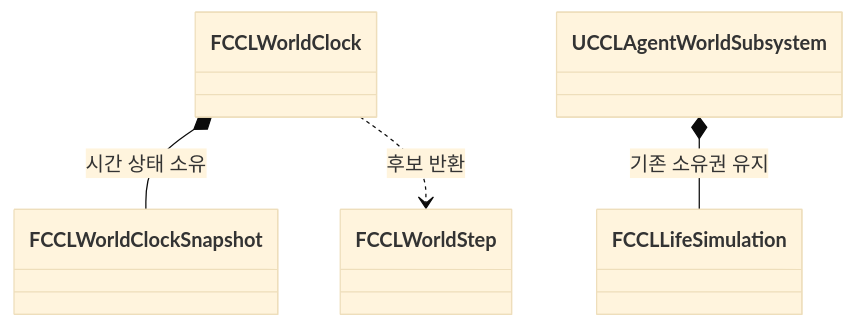
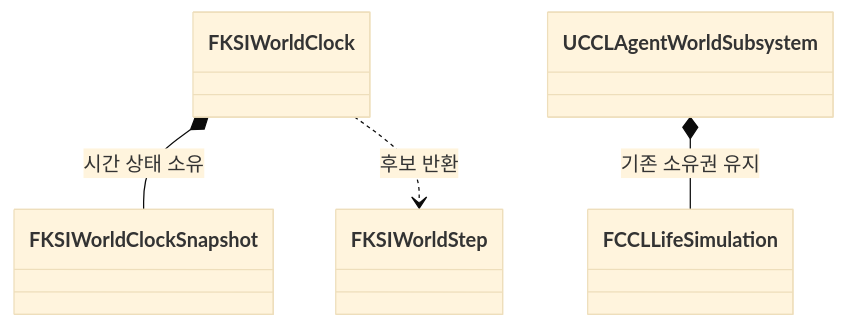
Before and after one commit to kang-sihwon/ccl8: the first of 6 diagrams in Docs/EnvironmentPlan.md, drawn with Mermaid (base theme). The commit also changed other lines of this file and 6 other files, not shown here.

````diff
--- a/Docs/EnvironmentPlan.md
+++ b/Docs/EnvironmentPlan.md
@@ -463,6 +461,6 @@
 ```mermaid
 classDiagram
-    FCCLWorldClock *-- FCCLWorldClockSnapshot : 시간 상태 소유
-    FCCLWorldClock ..> FCCLWorldStep : 후보 반환
+    FKSIWorldClock *-- FKSIWorldClockSnapshot : 시간 상태 소유
+    FKSIWorldClock ..> FKSIWorldStep : 후보 반환
     UCCLAgentWorldSubsystem *-- FCCLLifeSimulation : 기존 소유권 유지
 ```
````
